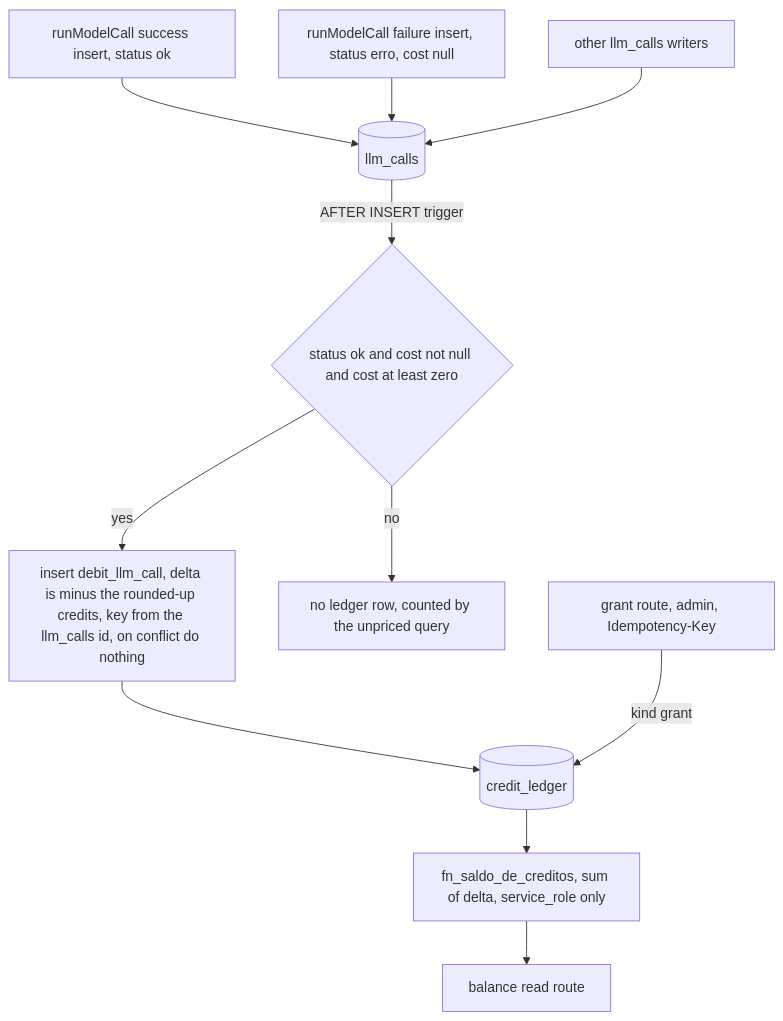
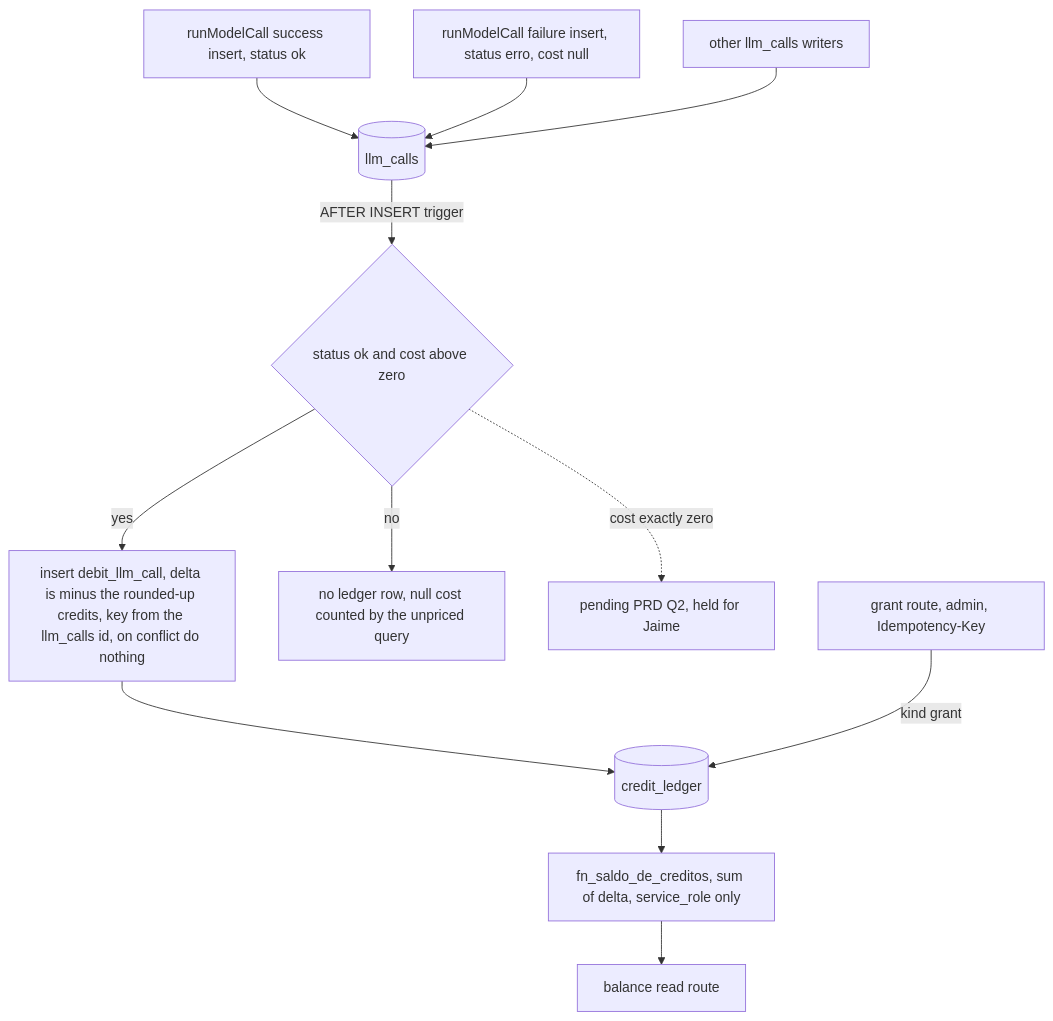
The fourth of 4 diagrams in docs/project/TRD.md (hythevc/deskcommcrm), drawn with Mermaid before and after one commit. The commit also changed other lines of this file and 5 other files, not shown here.

Commit message:
docs(project): apply the 22 consistency fixes; held questions marked pending [skip ci]

````diff
--- a/docs/project/TRD.md
+++ b/docs/project/TRD.md
@@ -630,13 +645,14 @@
 ```mermaid
 flowchart TD
   W1["runModelCall success insert, status ok"] --> LC[("llm_calls")]
   W2["runModelCall failure insert, status erro, cost null"] --> LC
   W3["other llm_calls writers"] --> LC
-  LC -->|"AFTER INSERT trigger"| T{"status ok and cost not null and cost at least zero"}
+  LC -->|"AFTER INSERT trigger"| T{"status ok and cost above zero"}
   T -->|"yes"| D["insert debit_llm_call, delta is minus the rounded-up credits, key from the llm_calls id, on conflict do nothing"]
-  T -->|"no"| N["no ledger row, counted by the unpriced query"]
+  T -->|"no"| N["no ledger row, null cost counted by the unpriced query"]
+  T -.->|"cost exactly zero"| Z["pending PRD Q2, held for Jaime"]
   D --> CL[("credit_ledger")]
   G["grant route, admin, Idempotency-Key"] -->|"kind grant"| CL
   CL --> S["fn_saldo_de_creditos, sum of delta, service_role only"]
   S --> API["balance read route"]
 ```
````
